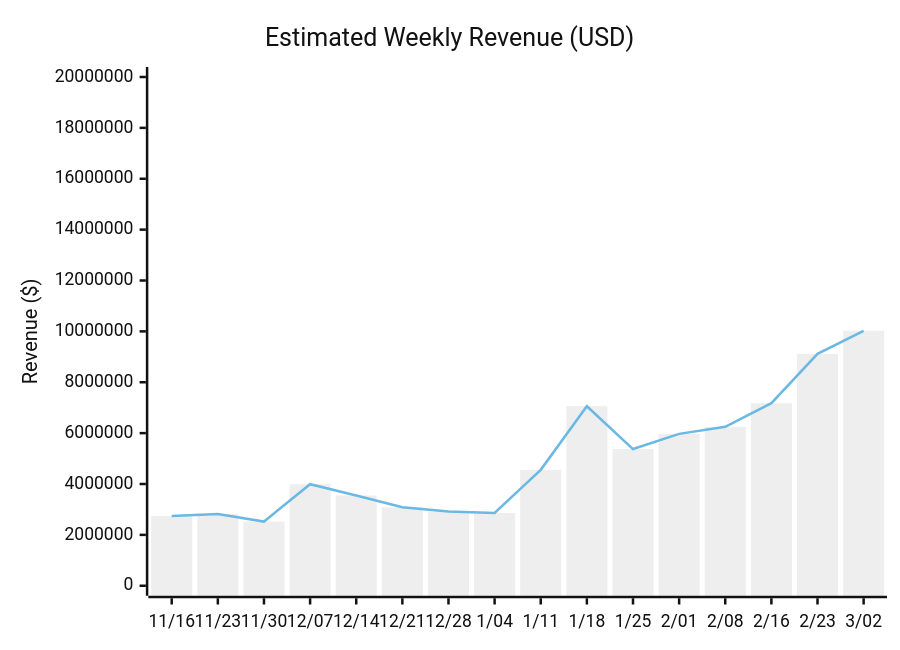
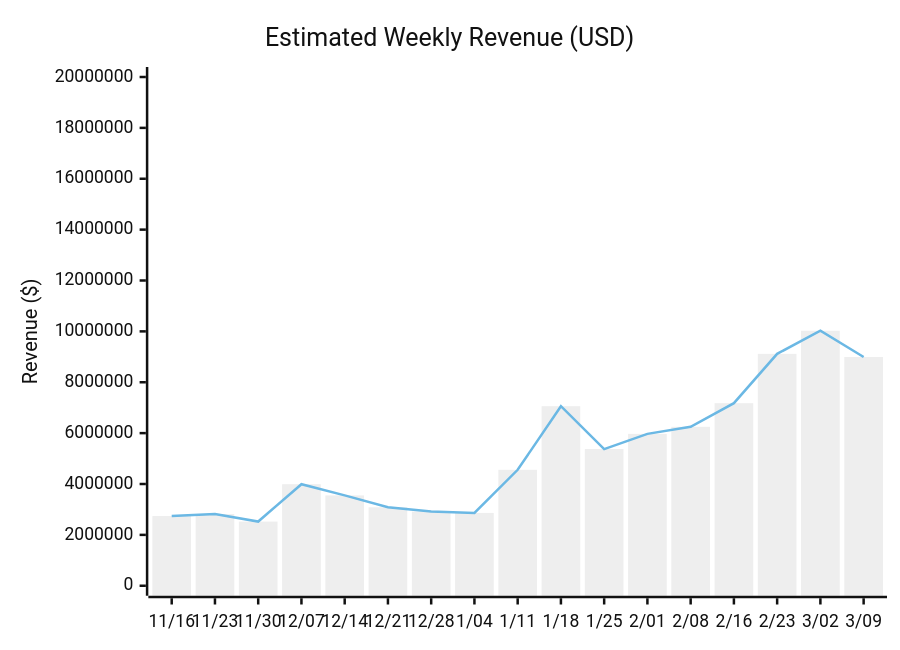
The first of 4 diagrams in README.md (johnbean393/openrouter-inference-stats), drawn with Mermaid (neutral theme) before and after one commit. The commit also changed other lines of this file and 1 other file, not shown here.

````diff
--- a/README.md
+++ b/README.md
@@ -17,8 +17,8 @@
 ```mermaid
 xychart-beta
     title "Estimated Weekly Revenue (USD)"
-    x-axis ["11/16", "11/23", "11/30", "12/07", "12/14", "12/21", "12/28", "1/04", "1/11", "1/18", "1/25", "2/01", "2/08", "2/16", "2/23", "3/02"]
+    x-axis ["11/16", "11/23", "11/30", "12/07", "12/14", "12/21", "12/28", "1/04", "1/11", "1/18", "1/25", "2/01", "2/08", "2/16", "2/23", "3/02", "3/09"]
     y-axis "Revenue ($)" 0 --> 20000000
-    bar [2740620.94, 2816925.48, 2523142.13, 3991396.39, 3551394.6, 3084659.53, 2918272.88, 2862056.98, 4558077.75, 7057753.91, 5373700.56, 5970586.37, 6247827.58, 7177565.34, 9116055.43, 10024024.86]
-    line [2740620.94, 2816925.48, 2523142.13, 3991396.39, 3551394.6, 3084659.53, 2918272.88, 2862056.98, 4558077.75, 7057753.91, 5373700.56, 5970586.37, 6247827.58, 7177565.34, 9116055.43, 10024024.86]
+    bar [2740620.94, 2816925.48, 2523142.13, 3991396.39, 3551394.6, 3084659.53, 2918272.88, 2862056.98, 4558077.75, 7057753.91, 5373700.56, 5970586.37, 6247827.58, 7177565.34, 9116055.43, 10024024.86, 8991833.66]
+    line [2740620.94, 2816925.48, 2523142.13, 3991396.39, 3551394.6, 3084659.53, 2918272.88, 2862056.98, 4558077.75, 7057753.91, 5373700.56, 5970586.37, 6247827.58, 7177565.34, 9116055.43, 10024024.86, 8991833.66]
 ```
````
